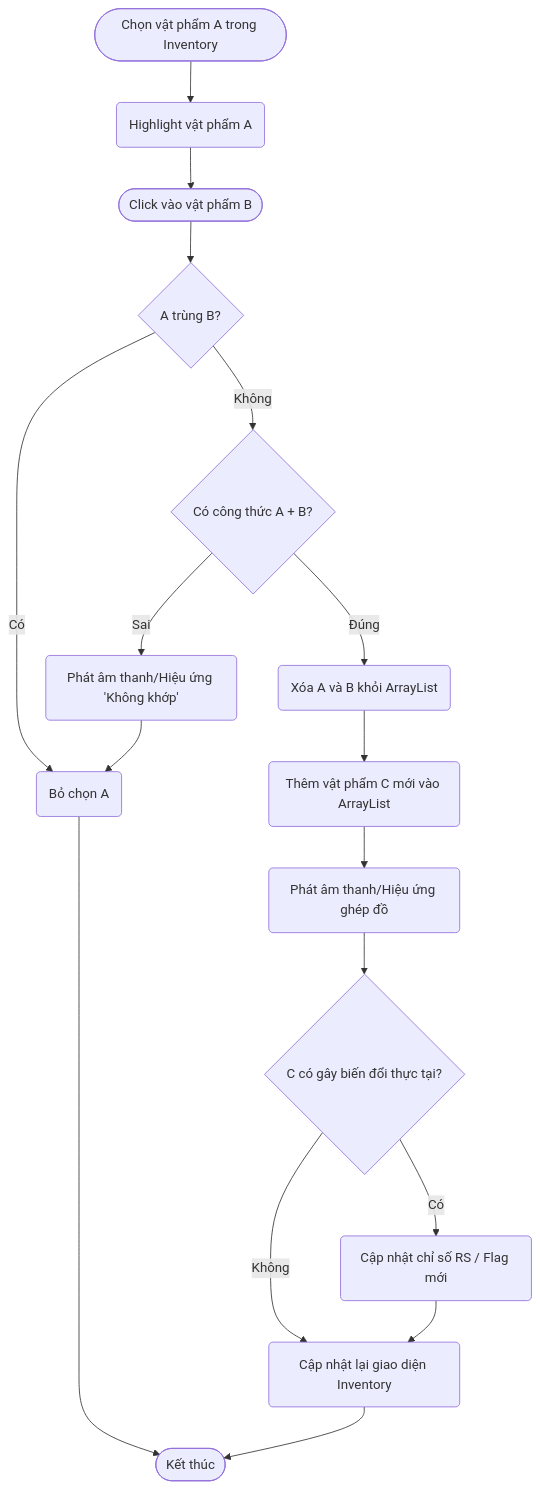
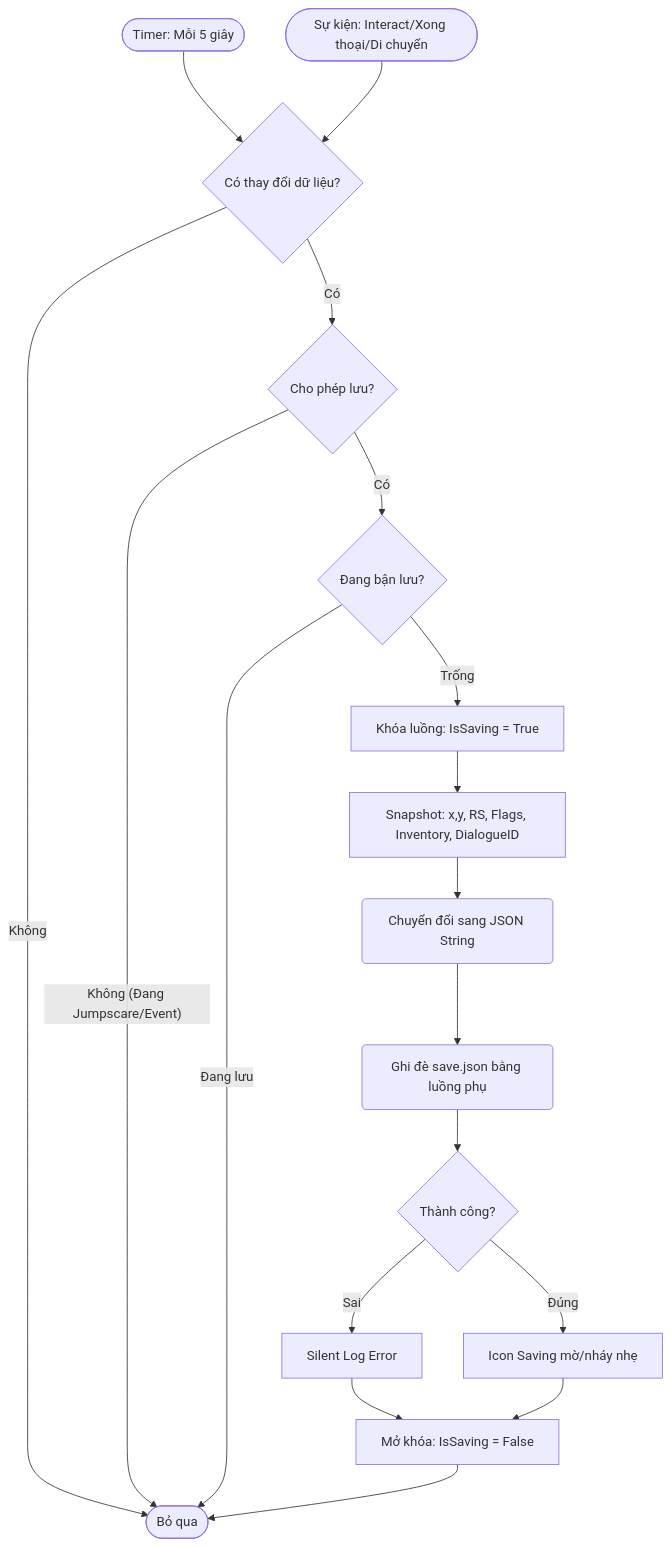
Before and after one commit to trieuwu/Gnivol: the fourth of 4 diagrams in UML/Activity UML/Sequence.md, drawn with Mermaid. The commit also changed other lines of this file and 2 other files, not shown here.

Commit message:
update saving logic

````diff
--- a/UML/Activity UML/Sequence.md
+++ b/UML/Activity UML/Sequence.md
@@ -74,27 +73,31 @@
 ```mermaid
 flowchart TD
-    Start([Chọn vật phẩm A trong Inventory]) --> Highlight(Highlight vật phẩm A)
-    Highlight --> SelectB([Click vào vật phẩm B])
+    %% Các nguồn kích hoạt Silent Save
+    T1([Timer: Mỗi 5 giây]) --> DirtyCheck{Có thay đổi dữ liệu?}
+    T2([Sự kiện: Interact/Xong thoại/Di chuyển]) --> DirtyCheck
     
-    SelectB --> SameCheck{A trùng B?}
-    SameCheck -- "Có" --> Deselect(Bỏ chọn A)
-    Deselect --> End([Kết thúc])
+    DirtyCheck -- "Không" --> End([Bỏ qua])
+    DirtyCheck -- "Có" --> Permission{Cho phép lưu?}
+
+    %% Kiểm tra trạng thái đặc biệt
+    Permission -- "Không (Đang Jumpscare/Event)" --> End
     
-    SameCheck -- "Không" --> RecipeCheck{Có công thức A + B?}
+    Permission -- "Có" --> LockCheck{Đang bận lưu?}
+    LockCheck -- "Đang lưu" --> End
     
-    %% Nhánh thất bại
-    RecipeCheck -- "Sai" --> FailAnim(Phát âm thanh/Hiệu ứng 'Không khớp')
-    FailAnim --> Deselect
+    LockCheck -- "Trống" --> Lock[Khóa luồng: IsSaving = True]
     
-    %% Nhánh thành công
-    RecipeCheck -- "Đúng" --> MergeAction(Xóa A và B khỏi ArrayList)
-    MergeAction --> CreateNew(Thêm vật phẩm C mới vào ArrayList)
-    CreateNew --> PlaySuccess(Phát âm thanh/Hiệu ứng ghép đồ)
-    PlaySuccess --> RSCheck{C có gây biến đổi thực tại?}
+    %% Quy trình gom dữ liệu và ghi JSON
+    Lock --> Collect[Snapshot: x,y, RS, Flags, Inventory, DialogueID]
+    Collect --> ToJson(Chuyển đổi sang JSON String)
+    ToJson --> AsyncWrite(Ghi đè save.json bằng luồng phụ)
     
-    RSCheck -- "Có" --> UpdateRS(Cập nhật chỉ số RS / Flag mới)
-    RSCheck -- "Không" --> RefreshUI(Cập nhật lại giao diện Inventory)
+    AsyncWrite --> Verify{Thành công?}
     
-    UpdateRS --> RefreshUI
-    RefreshUI --> End
+    Verify -- "Sai" --> Catch[Silent Log Error]
+    Verify -- "Đúng" --> UI[Icon Saving mờ/nháy nhẹ]
+    
+    Catch --> Unlock[Mở khóa: IsSaving = False]
+    UI --> Unlock
+    Unlock --> End
 ```
````
